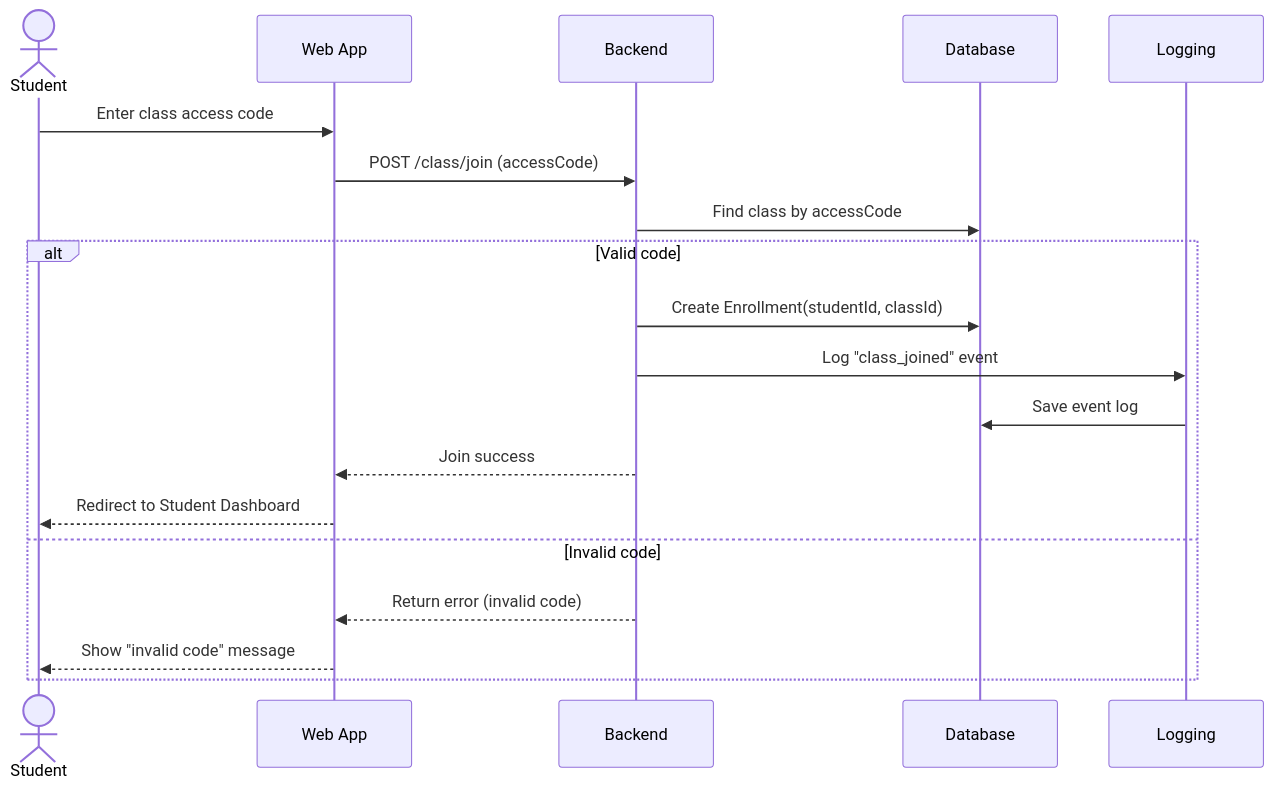
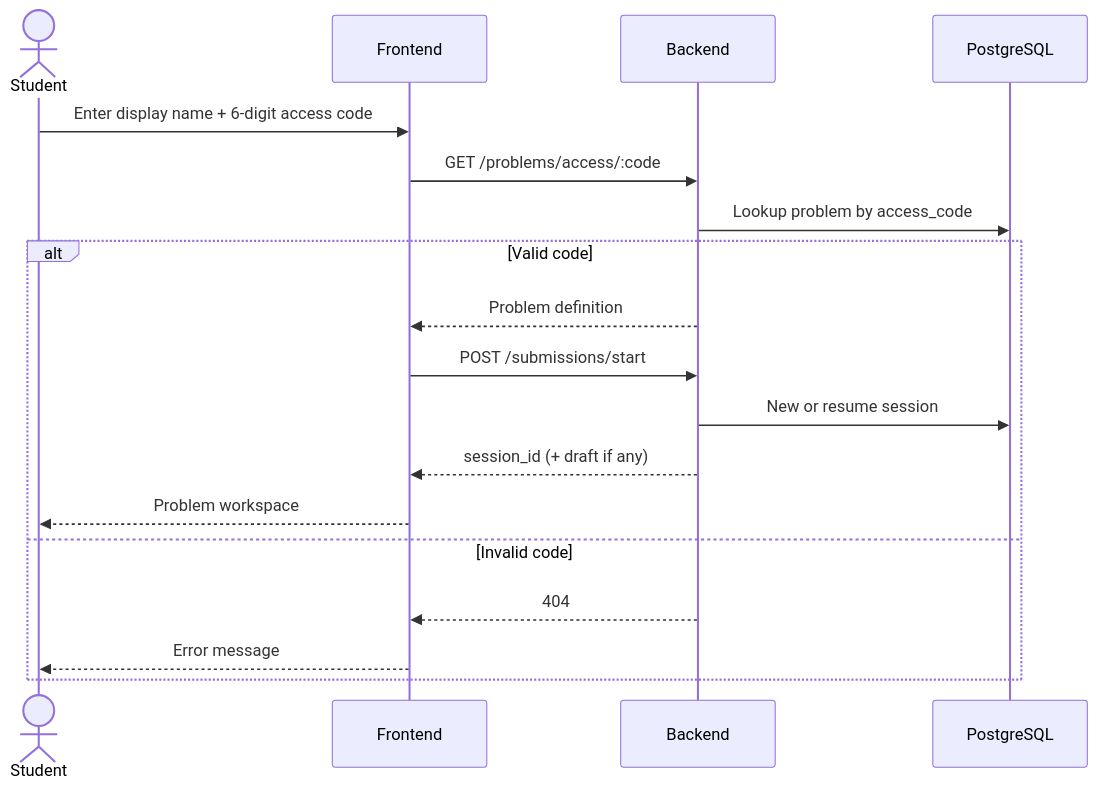
Before and after one commit to Capstone-Projects-2026-spring/project-auto-suggestion-quiz: the ninth of 16 diagrams in documentation/docs/system-architecture/sequence-diagrams.md, drawn with Mermaid. The commit also changed other lines of this file and 5 other files, not shown here.

````diff
--- a/documentation/docs/system-architecture/sequence-diagrams.md
+++ b/documentation/docs/system-architecture/sequence-diagrams.md
@@ -80,22 +213,21 @@
 ```mermaid
 sequenceDiagram
   actor Student
-  participant UI as Web App
+  participant FE as Frontend
   participant API as Backend
-  participant DB as Database
-  participant LOG as Logging
+  participant DB as PostgreSQL
 
-  Student->>UI: Enter class access code
-  UI->>API: POST /class/join (accessCode)
-  API->>DB: Find class by accessCode
+  Student->>FE: Enter display name + 6-digit access code
+  FE->>API: GET /problems/access/:code
+  API->>DB: Lookup problem by access_code
   alt Valid code
-    API->>DB: Create Enrollment(studentId, classId)
-    API->>LOG: Log "class_joined" event
-    LOG->>DB: Save event log
-    API-->>UI: Join success
-    UI-->>Student: Redirect to Student Dashboard
+    API-->>FE: Problem definition
+    FE->>API: POST /submissions/start
+    API->>DB: New or resume session
+    API-->>FE: session_id (+ draft if any)
+    FE-->>Student: Problem workspace
   else Invalid code
-    API-->>UI: Return error (invalid code)
-    UI-->>Student: Show "invalid code" message
+    API-->>FE: 404
+    FE-->>Student: Error message
   end
 ```
````
